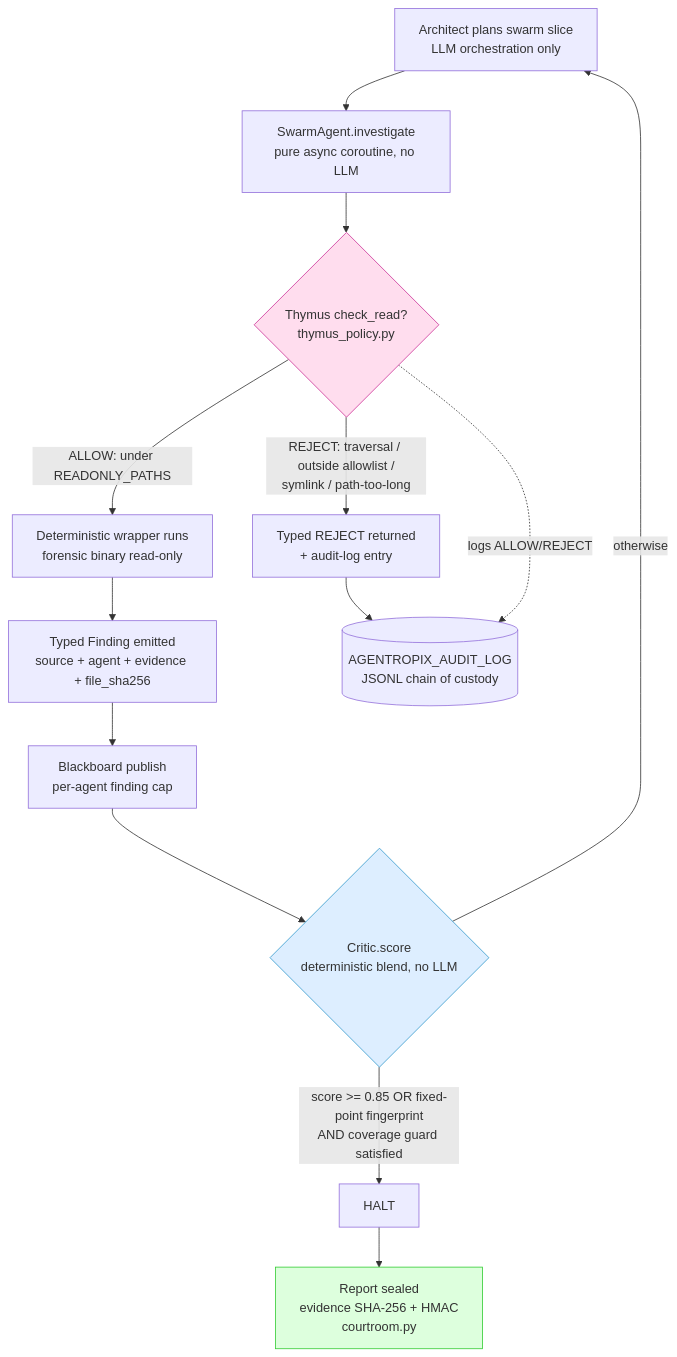
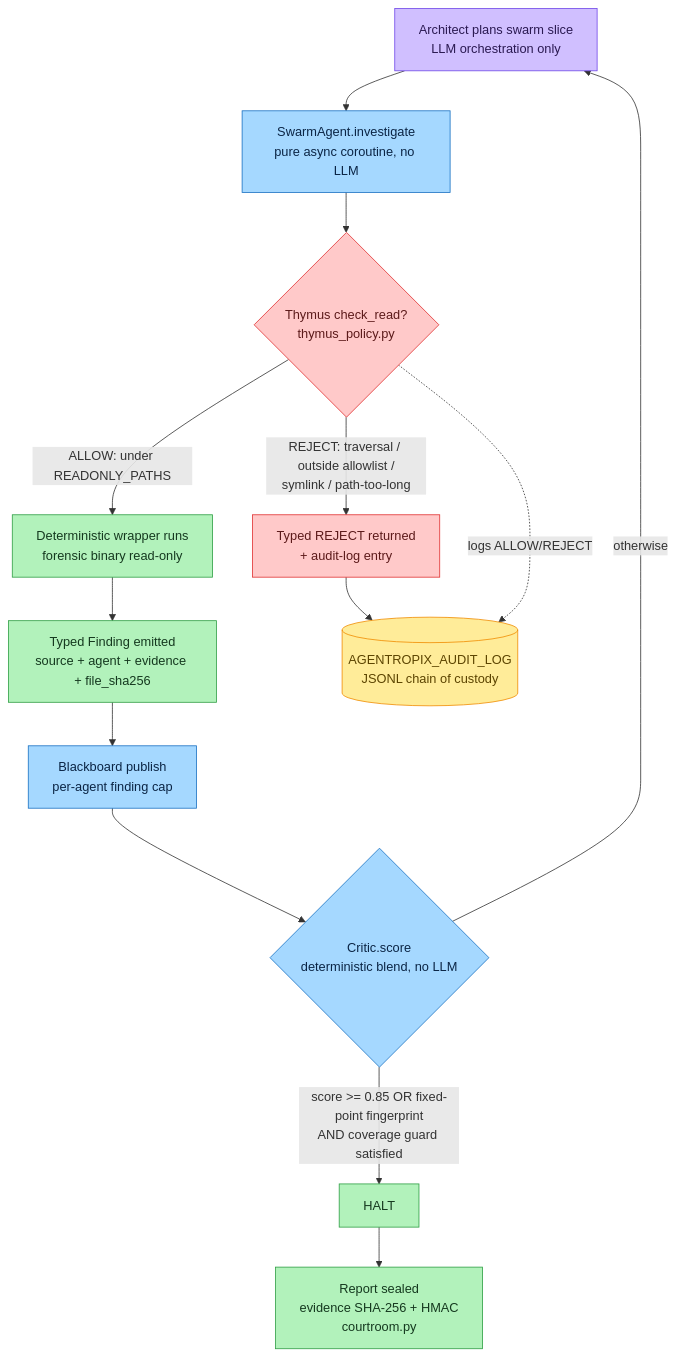
Before and after one commit to galvangabriel-web/agentropix-mcp: the diagram in docs/05-safety-forensics/anti-hallucination.md, drawn with Mermaid. The commit also changed 20 other files, not shown here.

First line of the commit message:
Diagram readability pass (workflow): redesign diagrams for size/clarity + audit log

````diff
--- a/docs/05-safety-forensics/anti-hallucination.md
+++ b/docs/05-safety-forensics/anti-hallucination.md
@@ -182,18 +182,34 @@
 ```mermaid
 graph TD
     A[Architect plans swarm slice<br/>LLM orchestration only] --> B[SwarmAgent.investigate<br/>pure async coroutine, no LLM]
     B --> C{Thymus check_read?<br/>thymus_policy.py}
     C -->|REJECT: traversal / outside allowlist /<br/>symlink / path-too-long| X[Typed REJECT returned<br/>+ audit-log entry]
     C -->|ALLOW: under READONLY_PATHS| D[Deterministic wrapper runs<br/>forensic binary read-only]
     D --> E[Typed Finding emitted<br/>source + agent + evidence + file_sha256]
     E --> F[Blackboard publish<br/>per-agent finding cap]
     F --> G{Critic.score<br/>deterministic blend, no LLM}
     G -->|score >= 0.85 OR fixed-point fingerprint<br/>AND coverage guard satisfied| H[HALT]
     G -->|otherwise| A
     H --> I[Report sealed<br/>evidence SHA-256 + HMAC<br/>courtroom.py]
     X --> J[(AGENTROPIX_AUDIT_LOG<br/>JSONL chain of custody)]
     C -.logs ALLOW/REJECT.-> J
-    style C fill:#fde,stroke:#c39
-    style G fill:#def,stroke:#39c
-    style I fill:#dfd,stroke:#3c3
+
+    classDef actor fill:#d0bfff,stroke:#7048e8,color:#2b1a52
+    classDef api fill:#a5d8ff,stroke:#1971c2,color:#0b2545
+    classDef core fill:#b2f2bb,stroke:#2f9e44,color:#15391f
+    classDef gov fill:#ffc9c9,stroke:#e03131,color:#5c1a1a
+    classDef sink fill:#ffec99,stroke:#f08c00,color:#5c4400
+    classDef ext fill:#e9ecef,stroke:#495057,color:#212529
+
+    class A actor
+    class B api
+    class C gov
+    class X gov
+    class D core
+    class E core
+    class F api
+    class G api
+    class H core
+    class I core
+    class J sink
 ```
````
